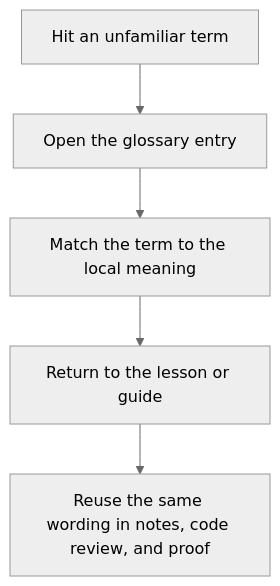
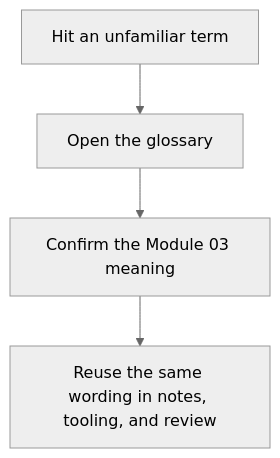
The second of 2 diagrams in programs/python-programming/python-meta-programming/course-book/module-03-signatures-provenance-runtime-evidence/glossary.md (bijux/bijux-masterclass), drawn with Mermaid (neutral theme) before and after one commit. The commit also changed other lines of this file and 8 other files, not shown here.

Commit message:
docs(module-03): complete the glossary and lesson navigation

````diff
--- a/programs/python-programming/python-meta-programming/course-book/module-03-signatures-provenance-runtime-evidence/glossary.md
+++ b/programs/python-programming/python-meta-programming/course-book/module-03-signatures-provenance-runtime-evidence/glossary.md
@@ -15,7 +14,6 @@
 ```mermaid
 flowchart TD
-  pressure["Hit an unfamiliar term"] --> lookup["Open the glossary entry"]
-  lookup --> confirm["Match the term to the local meaning"]
-  confirm --> return["Return to the lesson or guide"]
-  return --> reuse["Reuse the same wording in notes, code review, and proof"]
+  unknown["Hit an unfamiliar term"] --> lookup["Open the glossary"]
+  lookup --> local["Confirm the Module 03 meaning"]
+  local --> reuse["Reuse the same wording in notes, tooling, and review"]
 ```
````
